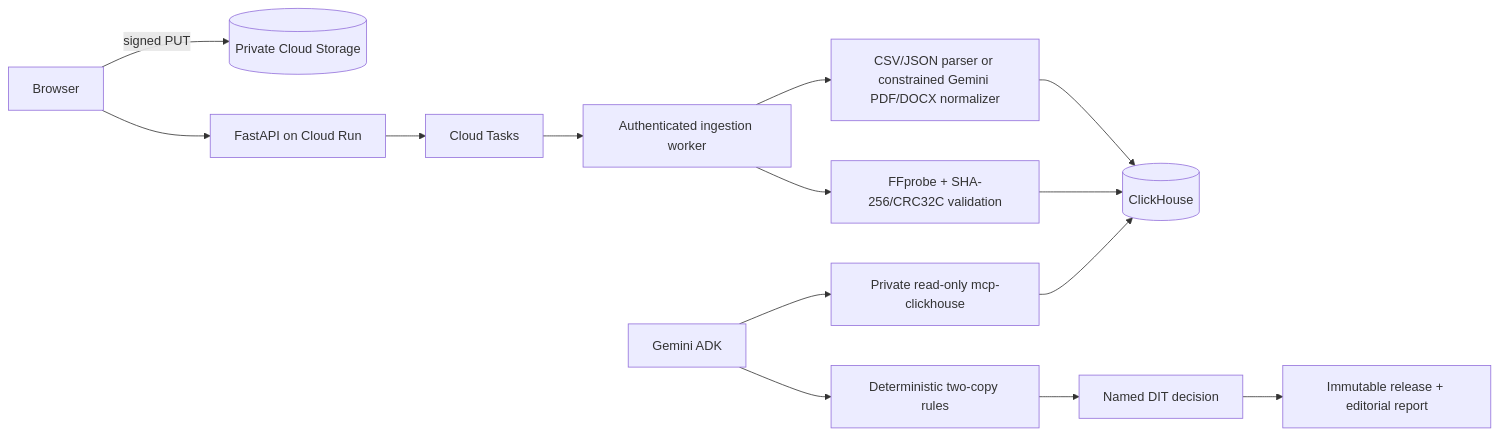
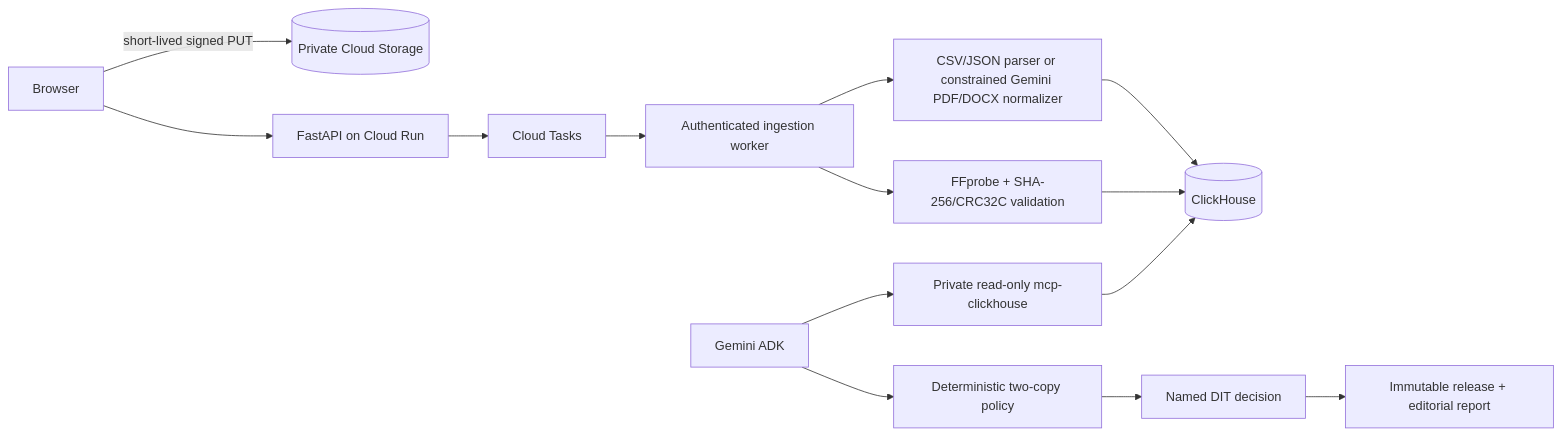
The diagram in README.md (aryagupta-tech/WrapCheck), drawn with Mermaid before and after one commit. The commit also changed other lines of this file and 4 other files, not shown here.

````diff
--- a/README.md
+++ b/README.md
@@ -44,16 +59,16 @@
 ```mermaid
 flowchart LR
-  Browser[Browser] -->|signed PUT| GCS[(Private Cloud Storage)]
+  Browser[Browser] -->|short-lived signed PUT| GCS[(Private Cloud Storage)]
   Browser --> API[FastAPI on Cloud Run]
   API --> Tasks[Cloud Tasks]
   Tasks --> Worker[Authenticated ingestion worker]
   Worker --> Parse[CSV/JSON parser or constrained Gemini PDF/DOCX normalizer]
   Worker --> Probe[FFprobe + SHA-256/CRC32C validation]
   Parse --> CH[(ClickHouse)]
   Probe --> CH
   Agent[Gemini ADK] --> MCP[Private read-only mcp-clickhouse]
   MCP --> CH
-  Agent --> Rules[Deterministic two-copy rules]
+  Agent --> Rules[Deterministic two-copy policy]
   Rules --> Human[Named DIT decision]
   Human --> Report[Immutable release + editorial report]
 ```
````
